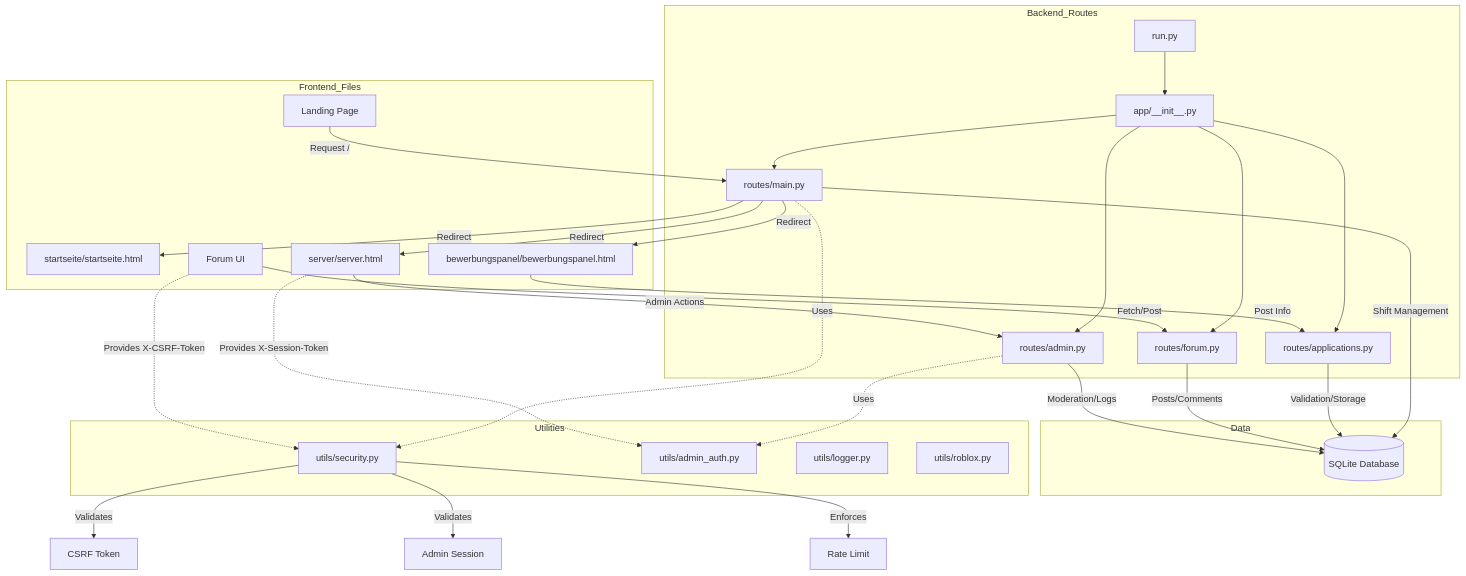
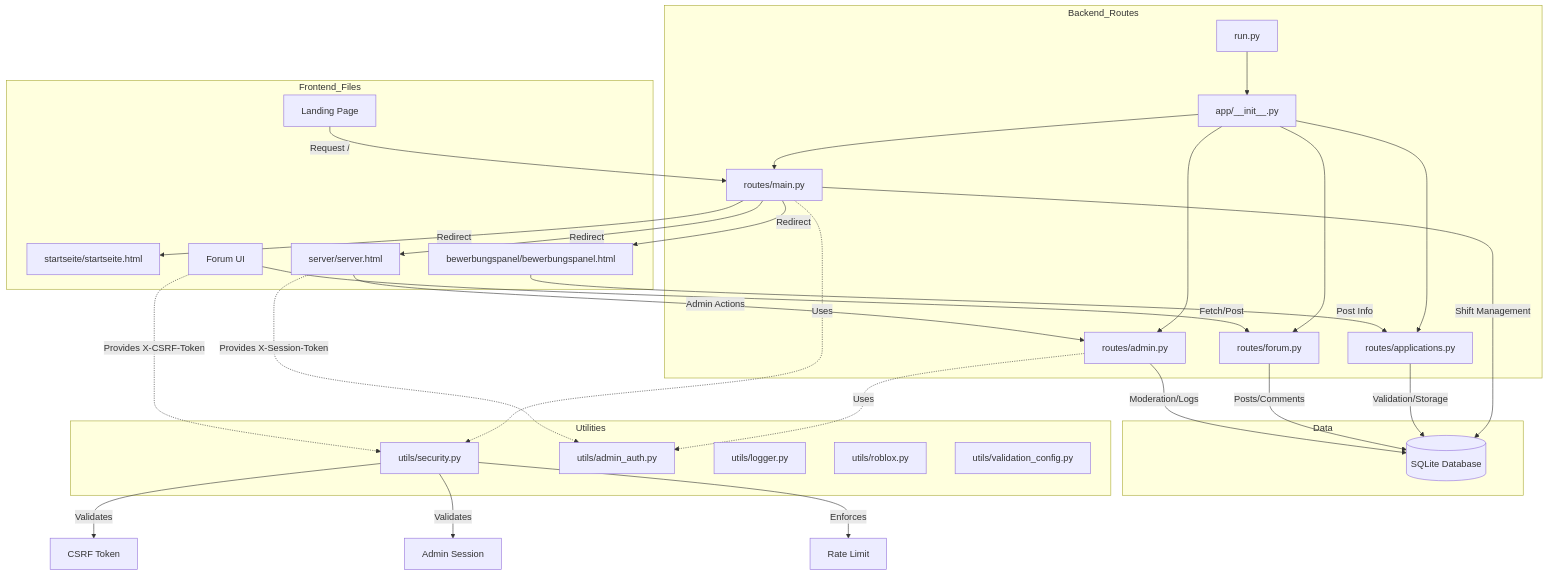
The diagram in ARCHITECTURE.md (Okal810/WebsiteTemplate1), drawn with Mermaid before and after one commit. The commit also changed other lines of this file and 13 other files, not shown here.

````diff
--- a/ARCHITECTURE.md
+++ b/ARCHITECTURE.md
@@ -9,60 +9,61 @@
 ```mermaid
 graph TD
     subgraph Frontend_Files
         Index[Landing Page]
         Startseite[startseite/startseite.html]
         Bewerbung[bewerbungspanel/bewerbungspanel.html]
         ServerPage[server/server.html]
         ForumUI[Forum UI]
     end
 
     subgraph Backend_Routes
         Run[run.py] --> Init[app/__init__.py]
         
         Init --> MainBP[routes/main.py]
         Init --> AppBP[routes/applications.py]
         Init --> ForumBP[routes/forum.py]
         Init --> AdminBP[routes/admin.py]
     end
 
     subgraph Data
         Database[(SQLite Database)]
     end
 
     %% Routing / Redirects
     Index --> |Request /| MainBP
     MainBP --> |Redirect| Startseite
     MainBP --> |Redirect| Bewerbung
     MainBP --> |Redirect| ServerPage
     
     %% Backend Logic & Data
     MainBP --> |Shift Management| Database
     AppBP --> |Validation/Storage| Database
     ForumBP --> |Posts/Comments| Database
     AdminBP --> |Moderation/Logs| Database
 
     %% Frontend Interaction
     ForumUI --> |Fetch/Post| ForumBP
     Bewerbung --> |Post Info| AppBP
     ServerPage --> |Admin Actions| AdminBP
 
     subgraph Utilities
         Security[utils/security.py]
         Auth[utils/admin_auth.py]
         Logger[utils/logger.py]
         Roblox[utils/roblox.py]
+        ValidationConfig[utils/validation_config.py]
     end
 
     %% Internal Dependencies
     MainBP -.-> |Uses| Security
     AdminBP -.-> |Uses| Auth
 
     %% Security Flow
     Security --> |Validates| CSRF_Token[CSRF Token]
     Security --> |Validates| Admin_Session[Admin Session]
     Security --> |Enforces| Rate_Limit[Rate Limit]
 
     %% Validation Sources
     ForumUI -.-> |Provides X-CSRF-Token| Security
     ServerPage -.-> |Provides X-Session-Token| Auth
 ```
````
